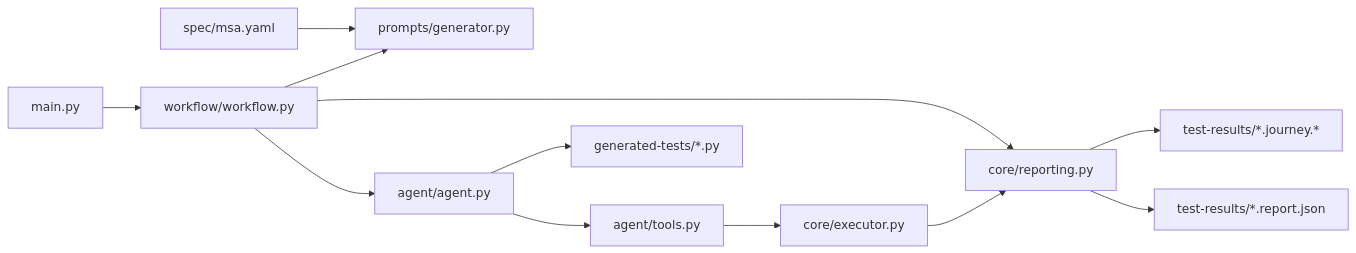
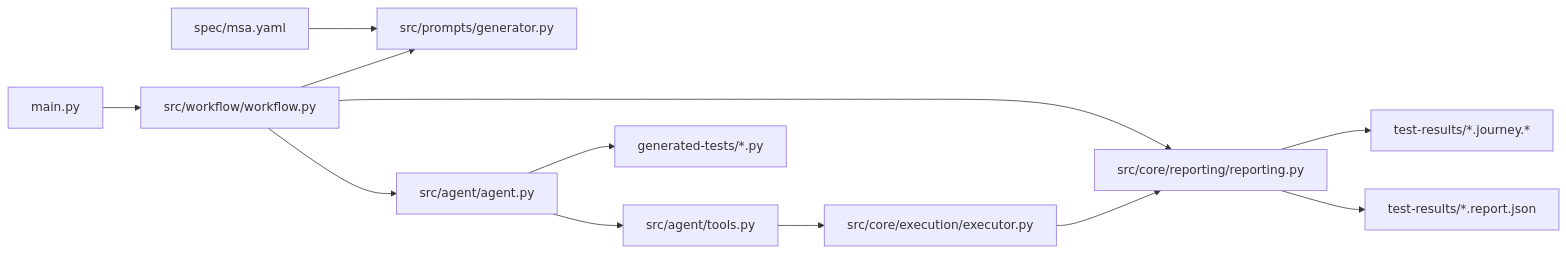
The diagram in docs/python_architecture_baseline.md (elenaovv/microservice-testing-agent), drawn with Mermaid before and after one commit. The commit also changed other lines of this file and 96 other files, not shown here.

````diff
--- a/docs/python_architecture_baseline.md
+++ b/docs/python_architecture_baseline.md
@@ -18,26 +18,26 @@
 ```mermaid
 flowchart LR
     CLI["main.py"]
-    WF["workflow/workflow.py"]
-    PROMPTS["prompts/generator.py"]
-    AGENT["agent/agent.py"]
-    TOOLS["agent/tools.py"]
-    EXEC["core/executor.py"]
-    REPORT["core/reporting.py"]
+    WF["src/workflow/workflow.py"]
+    PROMPTS["src/prompts/generator.py"]
+    AGENT["src/agent/agent.py"]
+    TOOLS["src/agent/tools.py"]
+    EXEC["src/core/execution/executor.py"]
+    REPORT["src/core/reporting/reporting.py"]
     SPEC["spec/msa.yaml"]
     TEST["generated-tests/*.py"]
     JOURNEY["test-results/*.journey.*"]
     RUN_REPORT["test-results/*.report.json"]
 
     CLI --> WF
     SPEC --> PROMPTS
     WF --> PROMPTS
     WF --> AGENT
     AGENT --> TOOLS
     TOOLS --> EXEC
     WF --> REPORT
     REPORT --> JOURNEY
     AGENT --> TEST
     EXEC --> REPORT
     REPORT --> RUN_REPORT
 ```
````
